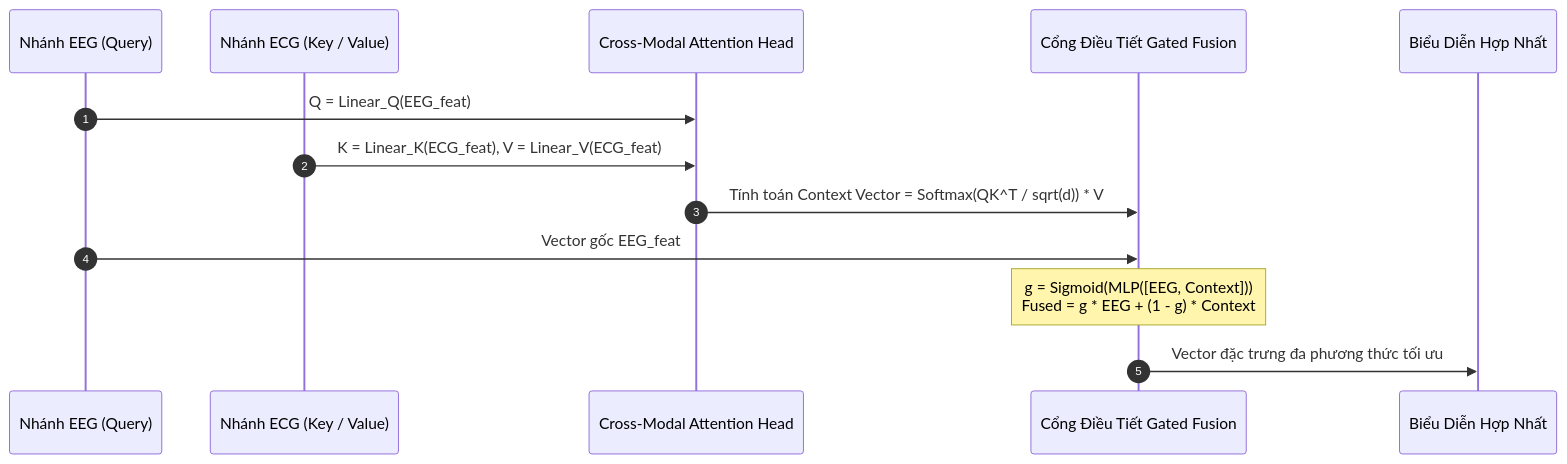
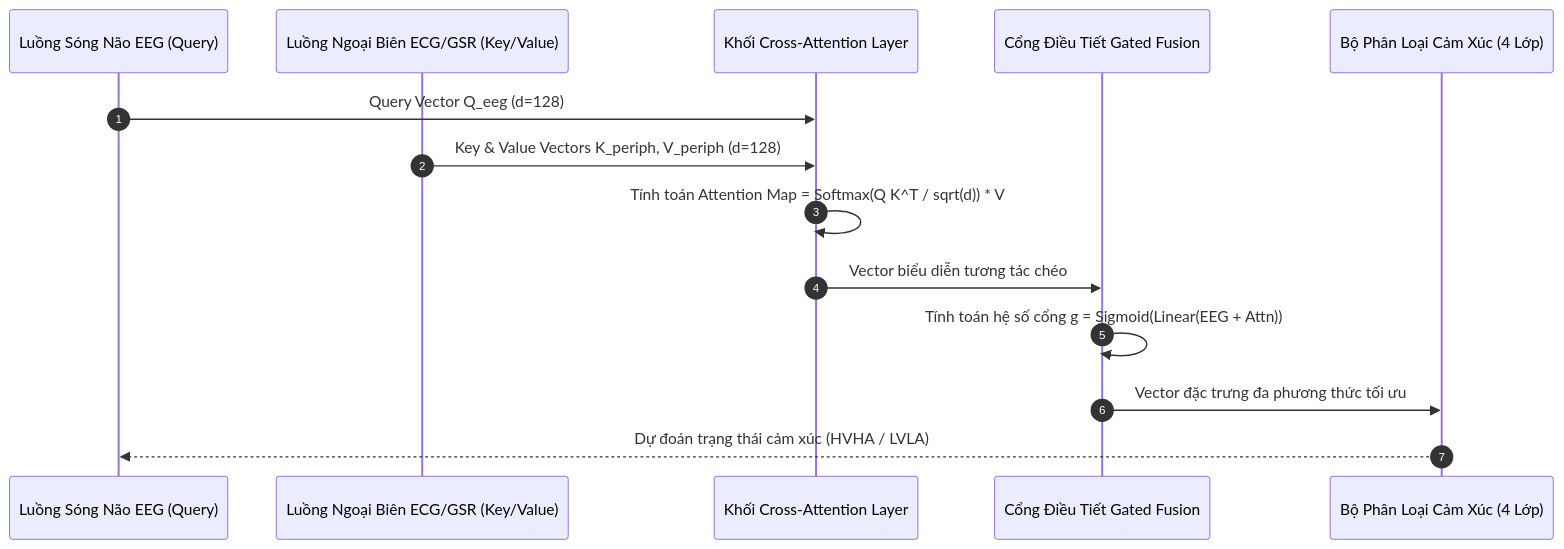
One commit to kiennt308/ntk changed the third of 4 diagrams in _posts/2026-09-16-eeg-04-04-hoc-da-phuong-thuc-multimodal-learning.md. Above: the diagram before and after it, drawn with Mermaid. The commit also changed other lines of this file and 7 other files, not shown here.

````diff
--- a/_posts/2026-09-16-eeg-04-04-hoc-da-phuong-thuc-multimodal-learning.md
+++ b/_posts/2026-09-16-eeg-04-04-hoc-da-phuong-thuc-multimodal-learning.md
@@ -155,16 +136,17 @@
 ```mermaid
 sequenceDiagram
     autonumber
-    participant EEG as Nhánh EEG (Query)
-    participant ECG as Nhánh ECG (Key / Value)
-    participant Attn as Cross-Modal Attention Head
+    participant EEG as Luồng Sóng Não EEG (Query)
+    participant Periph as Luồng Ngoại Biên ECG/GSR (Key/Value)
+    participant Attn as Khối Cross-Attention Layer
     participant Gate as Cổng Điều Tiết Gated Fusion
-    participant Out as Biểu Diễn Hợp Nhất
+    participant Cls as Bộ Phân Loại Cảm Xúc (4 Lớp)
 
-    EEG->>Attn: Q = Linear_Q(EEG_feat)
-    ECG->>Attn: K = Linear_K(ECG_feat), V = Linear_V(ECG_feat)
-    Attn->>Gate: Tính toán Context Vector = Softmax(QK^T / sqrt(d)) * V
-    EEG->>Gate: Vector gốc EEG_feat
-    Note over Gate: g = Sigmoid(MLP([EEG, Context]))<br/>Fused = g * EEG + (1 - g) * Context
-    Gate->>Out: Vector đặc trưng đa phương thức tối ưu
+    EEG->>Attn: Query Vector Q_eeg (d=128)
+    Periph->>Attn: Key & Value Vectors K_periph, V_periph (d=128)
+    Attn->>Attn: Tính toán Attention Map = Softmax(Q K^T / sqrt(d)) * V
+    Attn->>Gate: Vector biểu diễn tương tác chéo
+    Gate->>Gate: Tính toán hệ số cổng g = Sigmoid(Linear(EEG + Attn))
+    Gate->>Cls: Vector đặc trưng đa phương thức tối ưu
+    Cls-->>EEG: Dự đoán trạng thái cảm xúc (HVHA / LVLA)
 ```
````
